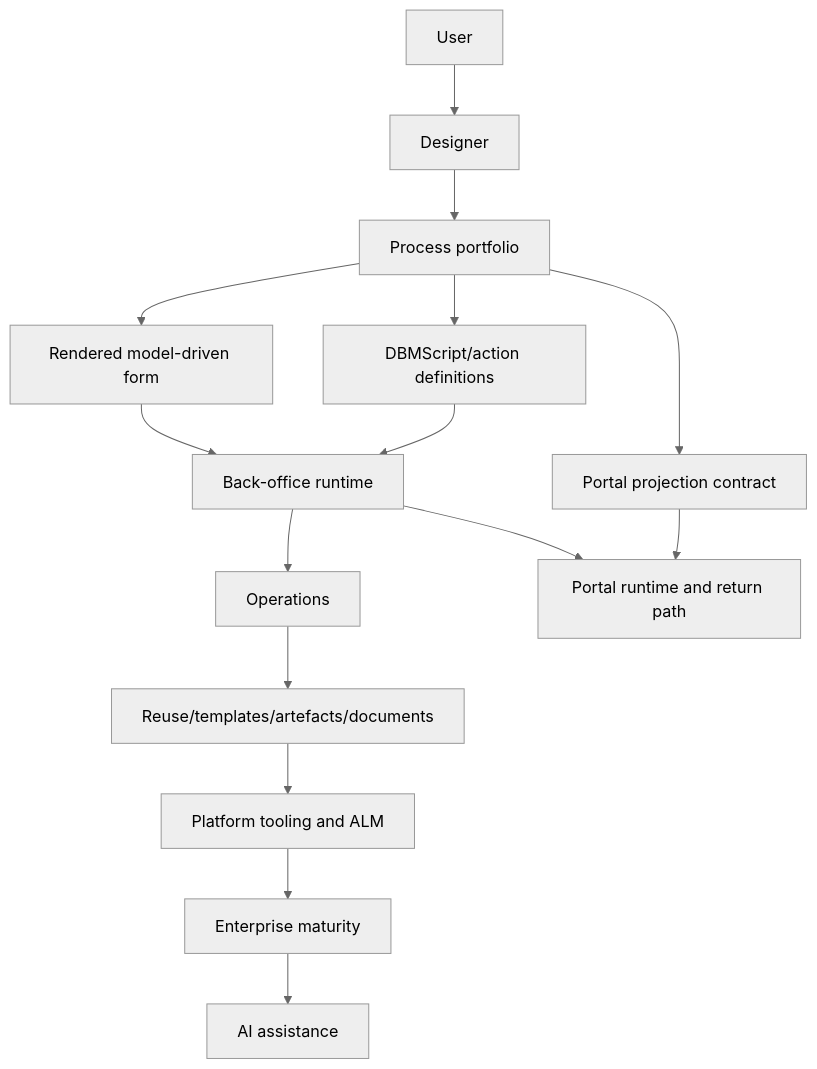
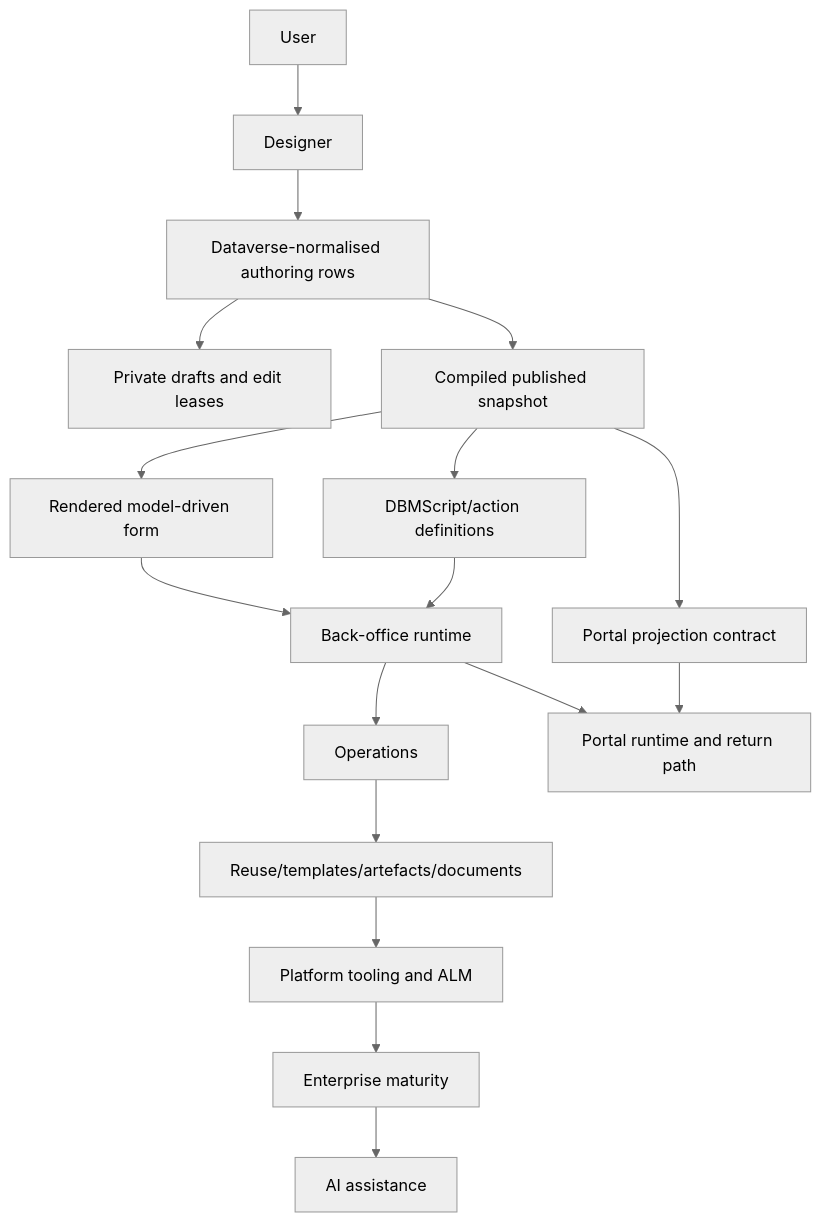
Before and after one commit to yagasoft/Dynamics-BusinessMachine: the diagram in docs/architecture/target-platform-architecture.md, drawn with Mermaid (neutral theme). The commit also changed other lines of this file and 12 other files, not shown here.

Commit message:
docs: add collaborative authoring roadmap direction

````diff
--- a/docs/architecture/target-platform-architecture.md
+++ b/docs/architecture/target-platform-architecture.md
@@ -63,17 +70,19 @@
 ```mermaid
 flowchart TB
     A["User"] --> B["Designer"]
-    B --> C["Process portfolio"]
-    C --> D["Rendered model-driven form"]
-    C --> E["Portal projection contract"]
-    C --> F["DBMScript/action definitions"]
-    F --> G["Back-office runtime"]
-    D --> G
-    G --> H["Operations"]
-    H --> I["Reuse/templates/artefacts/documents"]
-    I --> J["Platform tooling and ALM"]
-    J --> K["Enterprise maturity"]
-    K --> L["AI assistance"]
-    E --> M["Portal runtime and return path"]
-    G --> M
+    B --> C["Dataverse-normalised authoring rows"]
+    C --> D["Private drafts and edit leases"]
+    C --> E["Compiled published snapshot"]
+    E --> F["Rendered model-driven form"]
+    E --> G["Portal projection contract"]
+    E --> H["DBMScript/action definitions"]
+    H --> I["Back-office runtime"]
+    F --> I
+    I --> J["Operations"]
+    J --> K["Reuse/templates/artefacts/documents"]
+    K --> L["Platform tooling and ALM"]
+    L --> M["Enterprise maturity"]
+    M --> N["AI assistance"]
+    G --> O["Portal runtime and return path"]
+    I --> O
 ```
````
